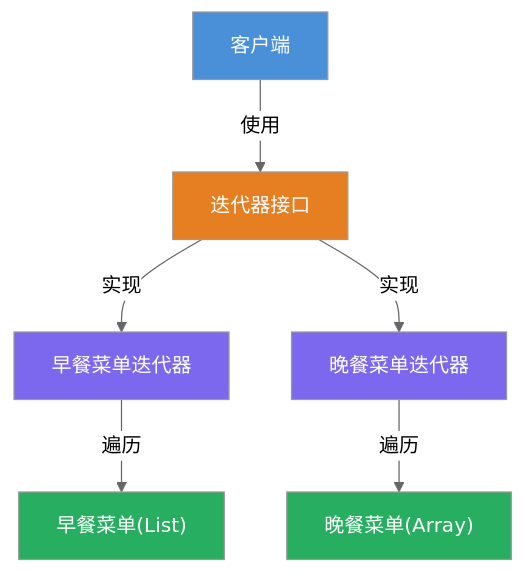
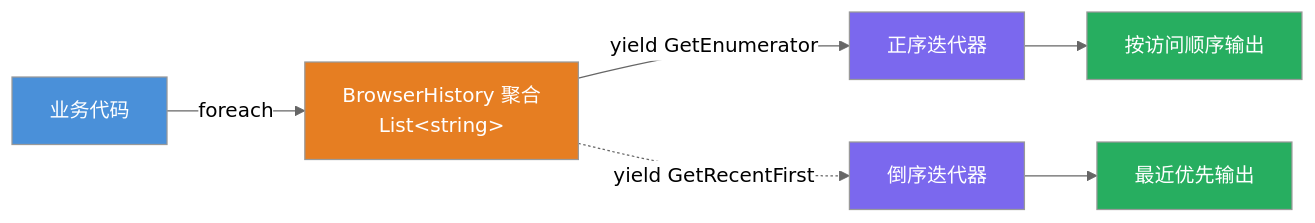
Before and after one commit to hollson/design_patterns: the third of 3 diagrams in IteratorPattern/README.md, drawn with Mermaid (neutral theme). The commit also changed other lines of this file and 13 other files, not shown here.

Commit message:
Optimize IteratorPattern: playlist + browser-history demos

````diff
--- a/IteratorPattern/README.md
+++ b/IteratorPattern/README.md
@@ -27,15 +133,15 @@
 ```mermaid
-flowchart TD
-    A["客户端"] -->|"使用"| B["迭代器接口"]
-    B -->|"实现"| C["早餐菜单迭代器"]
-    B -->|"实现"| D["晚餐菜单迭代器"]
-    C -->|"遍历"| E["早餐菜单(List)"]
-    D -->|"遍历"| F["晚餐菜单(Array)"]
+flowchart LR
+    B["业务代码"] -->|"foreach"| H["BrowserHistory 聚合<br/>List&lt;string&gt;"]
+    H -->|"yield GetEnumerator"| F["正序迭代器"]
+    H -.->|"yield GetRecentFirst"| R["倒序迭代器"]
+    F --> O["按访问顺序输出"]
+    R --> O2["最近优先输出"]
 
-    style A fill:#4A90D9,color:#fff
-    style B fill:#E67E22,color:#fff
-    style C fill:#7B68EE,color:#fff
-    style D fill:#7B68EE,color:#fff
-    style E fill:#27AE60,color:#fff
-    style F fill:#27AE60,color:#fff
+    style B fill:#4A90D9,color:#fff
+    style H fill:#E67E22,color:#fff
+    style F fill:#7B68EE,color:#fff
+    style R fill:#7B68EE,color:#fff
+    style O fill:#27AE60,color:#fff
+    style O2 fill:#27AE60,color:#fff
 ```
````
